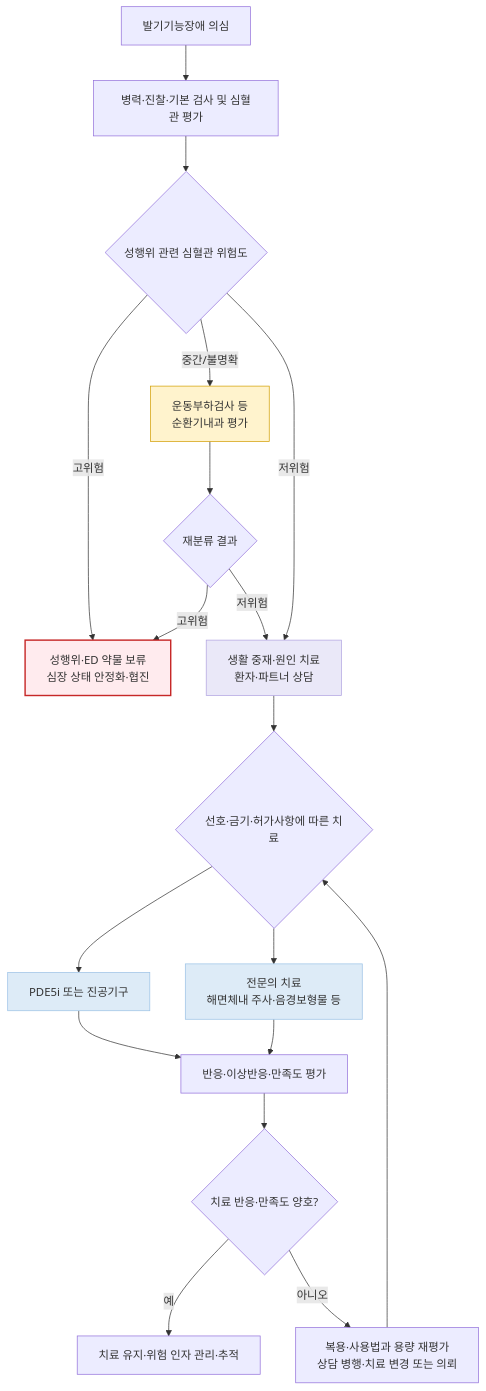
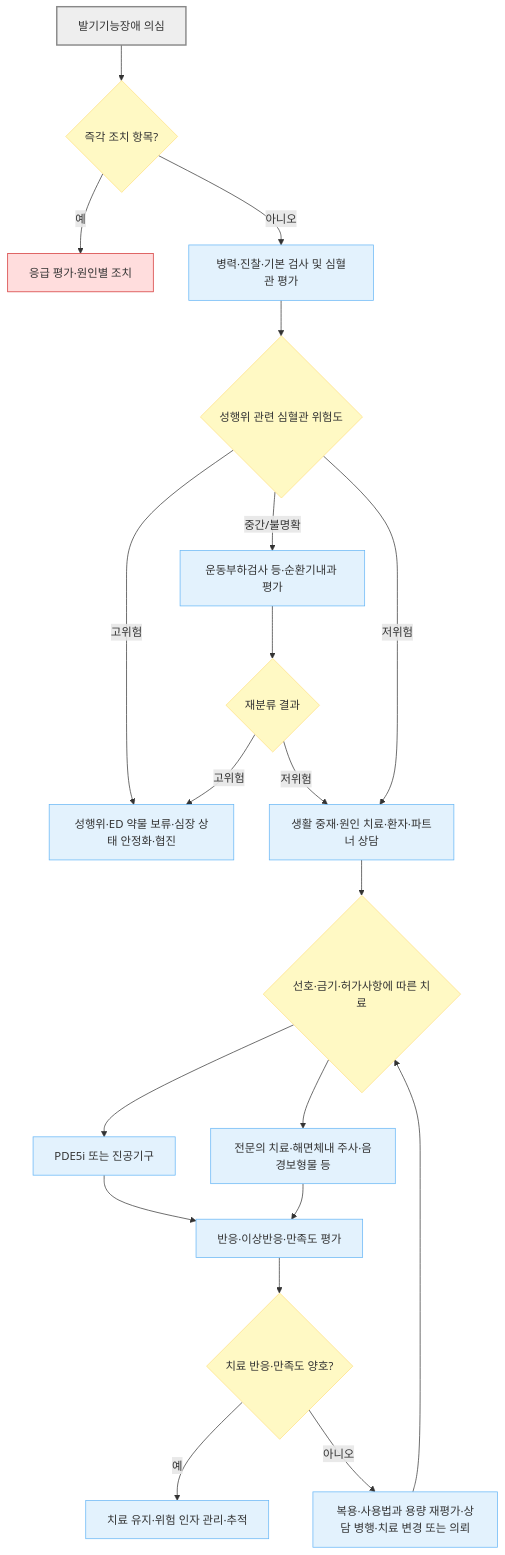
Before and after one commit to familyoh77/familyoh77: the first of 3 diagrams in 227_/132_-sexual-dysfunction.md, drawn with Mermaid. The commit also changed other lines of this file and 10 other files, not shown here.

````diff
--- a/227_/132_-sexual-dysfunction.md
+++ b/227_/132_-sexual-dysfunction.md
@@ -126,25 +126,30 @@
 ```mermaid
 flowchart TD
-    S["발기기능장애 의심"] --> A["병력·진찰·기본 검사 및 심혈관 평가"]
+    S["발기기능장애 의심"] --> RF{"즉각 조치 항목?"}
+    RF -- "예" --> ER["응급 평가·원인별 조치"]
+    RF -- "아니오" --> A["병력·진찰·기본 검사 및 심혈관 평가"]
     A --> B{"성행위 관련 심혈관 위험도"}
-    B -->|고위험| H["성행위·ED 약물 보류<br>심장 상태 안정화·협진"]
-    B -->|중간/불명확| I["운동부하검사 등<br>순환기내과 평가"]
+    B -- "고위험" --> H["성행위·ED 약물 보류·심장 상태 안정화·협진"]
+    B -- "중간/불명확" --> I["운동부하검사 등·순환기내과 평가"]
     I --> J{"재분류 결과"}
-    J -->|고위험| H
-    J -->|저위험| C
-    B -->|저위험| C["생활 중재·원인 치료<br>환자·파트너 상담"]
+    J -- "고위험" --> H
+    J -- "저위험" --> C
+    B -- "저위험" --> C["생활 중재·원인 치료·환자·파트너 상담"]
     C --> D{"선호·금기·허가사항에 따른 치료"}
     D --> E["PDE5i 또는 진공기구"]
-    D --> K["전문의 치료<br>해면체내 주사·음경보형물 등"]
+    D --> K["전문의 치료·해면체내 주사·음경보형물 등"]
     E --> F["반응·이상반응·만족도 평가"]
     K --> F
     F --> R{"치료 반응·만족도 양호?"}
-    R -->|예| T["치료 유지·위험 인자 관리·추적"]
-    R -->|아니오| G["복용·사용법과 용량 재평가<br>상담 병행·치료 변경 또는 의뢰"]
+    R -- "예" --> T["치료 유지·위험 인자 관리·추적"]
+    R -- "아니오" --> G["복용·사용법과 용량 재평가·상담 병행·치료 변경 또는 의뢰"]
     G --> D
-    style H fill:#ffebee,stroke:#c62828,stroke-width:2px
-    style I fill:#fff3cd,stroke:#d39e00
-    style C fill:#EAE8F8,stroke:#B0A3E0
-    style E fill:#DDEBF7,stroke:#9BC2E6
-    style K fill:#DDEBF7,stroke:#9BC2E6
+    classDef start fill:#eeeeee,stroke:#888888,stroke-width:2px
+    classDef question fill:#fff9c4,stroke:#ffe082
+    classDef emergency fill:#ffdddd,stroke:#d32f2f
+    classDef care fill:#e3f2fd,stroke:#64b5f6
+    class S start
+    class B,D,J,R,RF question
+    class ER emergency
+    class A,C,E,F,G,H,I,K,T care
 ```
````
